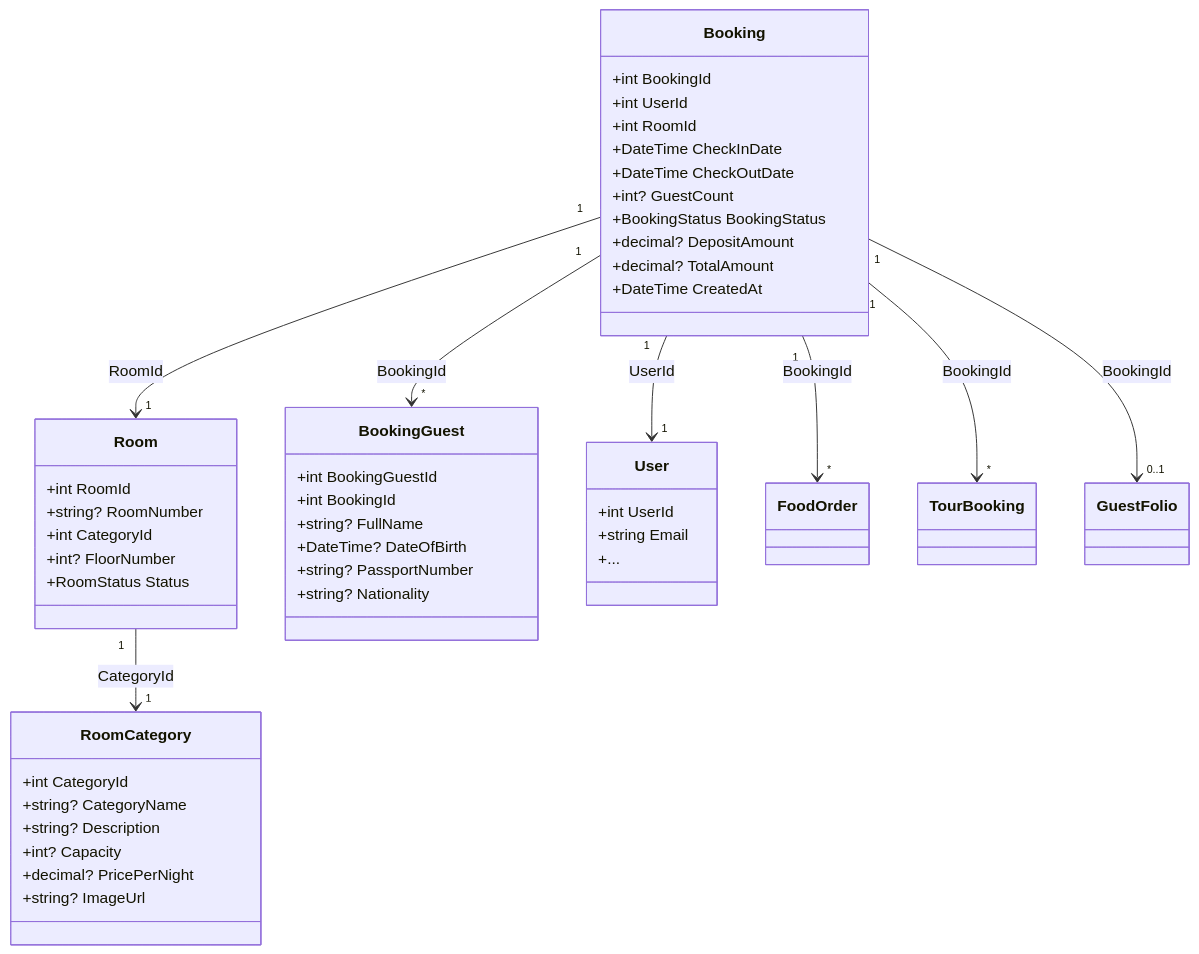
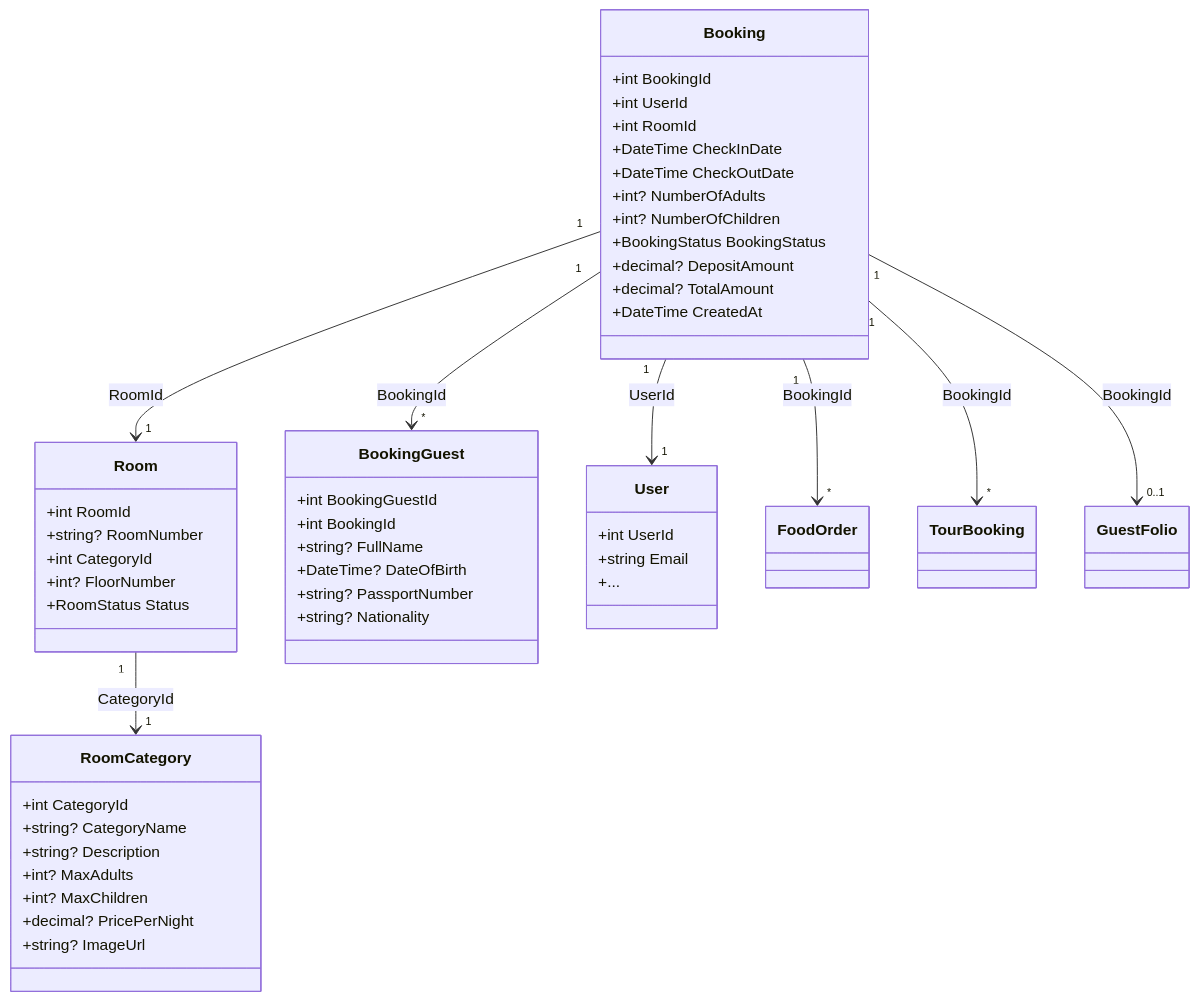
One commit to mkhanhs204/resort-management-system changed the first of 4 diagrams in 03_implement/EDS_RoomBooking.md. Above: the diagram before and after it, drawn with Mermaid. The commit also changed other lines of this file and 45 other files, not shown here.

````diff
--- a/03_implement/EDS_RoomBooking.md
+++ b/03_implement/EDS_RoomBooking.md
@@ -161,51 +178,53 @@
 ```mermaid
 classDiagram
     class Booking {
         +int BookingId
         +int UserId
         +int RoomId
         +DateTime CheckInDate
         +DateTime CheckOutDate
-        +int? GuestCount
+        +int? NumberOfAdults
+        +int? NumberOfChildren
         +BookingStatus BookingStatus
         +decimal? DepositAmount
         +decimal? TotalAmount
         +DateTime CreatedAt
     }
     class Room {
         +int RoomId
         +string? RoomNumber
         +int CategoryId
         +int? FloorNumber
         +RoomStatus Status
     }
     class RoomCategory {
         +int CategoryId
         +string? CategoryName
         +string? Description
-        +int? Capacity
+        +int? MaxAdults
+        +int? MaxChildren
         +decimal? PricePerNight
         +string? ImageUrl
     }
     class BookingGuest {
         +int BookingGuestId
         +int BookingId
         +string? FullName
         +DateTime? DateOfBirth
         +string? PassportNumber
         +string? Nationality
     }
     class User {
         +int UserId
         +string Email
         +...
     }
 
     Booking "1" --> "1" User : UserId
     Booking "1" --> "1" Room : RoomId
     Booking "1" --> "*" BookingGuest : BookingId
     Room "1" --> "1" RoomCategory : CategoryId
     Booking "1" --> "*" FoodOrder : BookingId
     Booking "1" --> "*" TourBooking : BookingId
     Booking "1" --> "0..1" GuestFolio : BookingId
 ```
````
